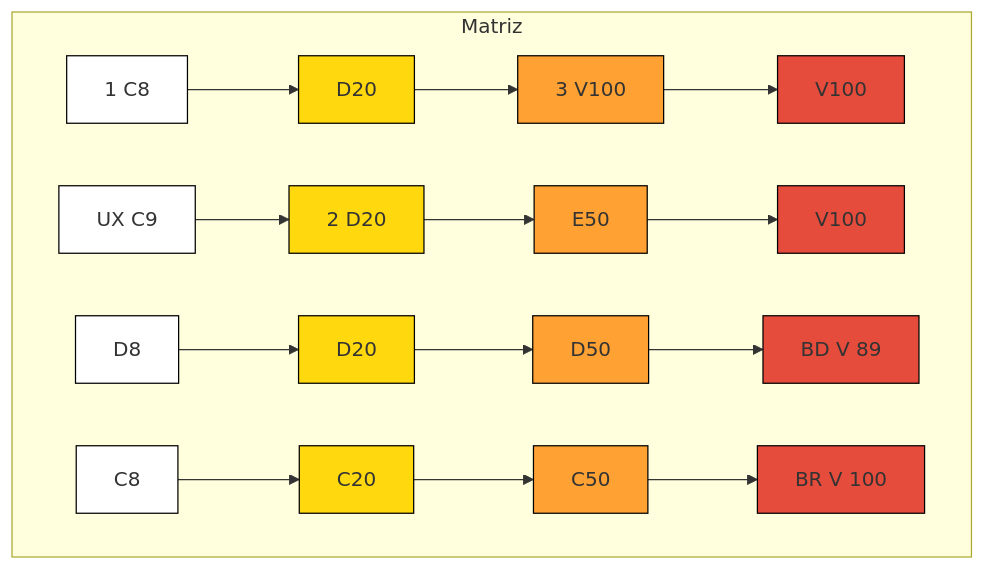
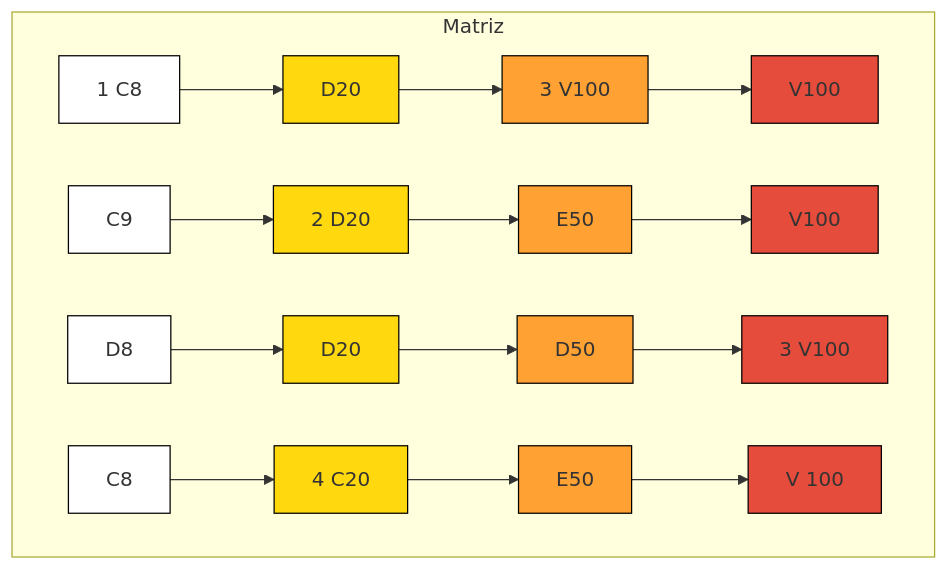
One commit to AnandaMazine/Metodo-Agil-Crystal changed the diagram in README.md. Above: the diagram before and after it, drawn with Mermaid.

````diff
--- a/README.md
+++ b/README.md
@@ -3,14 +3,14 @@
 ```mermaid
 graph TD
   subgraph Matriz
 A1["1 C8"]:::branco --> A2["D20"]:::amarelo --> A3["3 V100"]:::laranja --> A4["V100"]:::vermelho
-B1["UX C9"]:::branco --> B2["2 D20"]:::amarelo --> B3["E50"]:::laranja --> B4["V100"]:::vermelho
-C1["D8"]:::branco --> C2["D20"]:::amarelo --> C3["D50"]:::laranja --> C4["BD V 89"]:::vermelho
-D1["C8"]:::branco --> D2["C20"]:::amarelo --> D3["C50"]:::laranja --> D4["BR V 100"]:::vermelho
+B1["C9"]:::branco --> B2["2 D20"]:::amarelo --> B3["E50"]:::laranja --> B4["V100"]:::vermelho
+C1["D8"]:::branco --> C2["D20"]:::amarelo --> C3["D50"]:::laranja --> C4["3 V100"]:::vermelho
+D1["C8"]:::branco --> D2["4 C20"]:::amarelo --> D3["E50"]:::laranja --> D4["V 100"]:::vermelho
 
 end
 classDef branco fill:#fff, stroke:#000, stroke-width:1px;
 classDef amarelo fill:#FFD80D, stroke:#000, stroke-width:1px;
 classDef laranja fill:#FFA233, stroke:#000, stroke-width:1px;
 classDef vermelho fill:#E64C3C, stroke:#000, stroke-width:1px;
 ```
````
